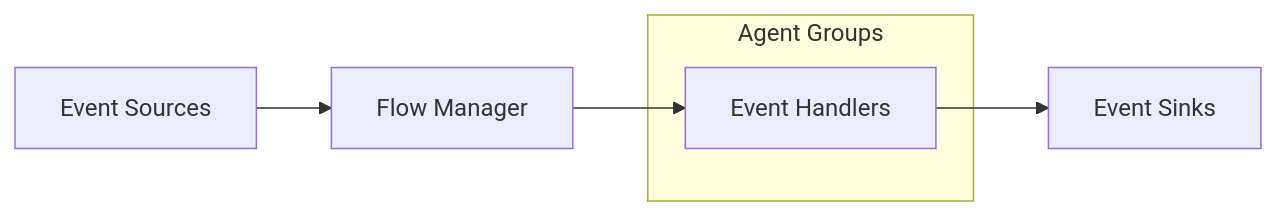
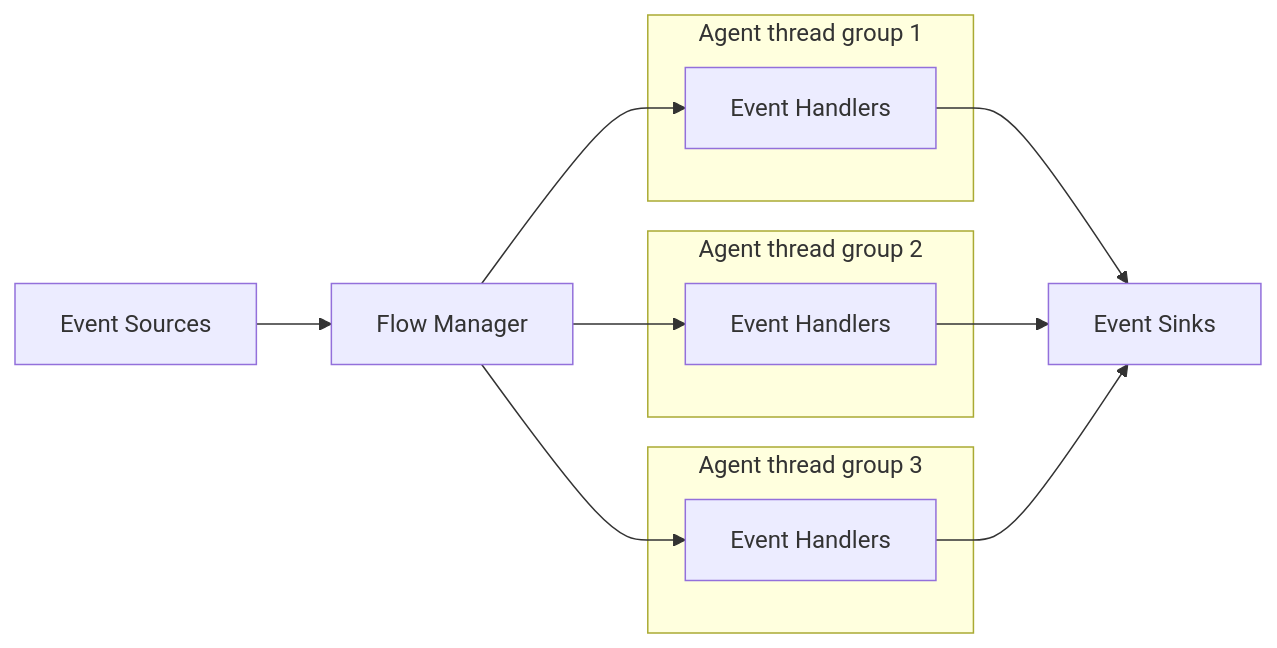
One commit to gregv12/fluxtion-server changed the first of 2 diagrams in docs/guide/overview.md. Above: the diagram before and after it, drawn with Mermaid. The commit also changed other lines of this file and 14 other files, not shown here.

````diff
--- a/docs/guide/overview.md
+++ b/docs/guide/overview.md
@@ -8,10 +8,20 @@
 ```mermaid
 graph LR
 ES[Event Sources] --> FM[Flow Manager]
-FM --> EH[Event Handlers]
-EH --> ESK[Event Sinks]
+FM --> EH1[Event Handlers]
+FM --> EH2[Event Handlers]
+FM --> EH3[Event Handlers]
+EH1 --> ESK[Event Sinks]
+EH2 --> ESK[Event Sinks]
+EH3 --> ESK[Event Sinks]
 
-    subgraph "Agent Groups"
-        EH
+    subgraph "Agent thread group 1"
+        EH1
+    end
+    subgraph "Agent thread group 2"
+        EH2
+    end
+    subgraph "Agent thread group 3"
+        EH3
     end
 ```
````
